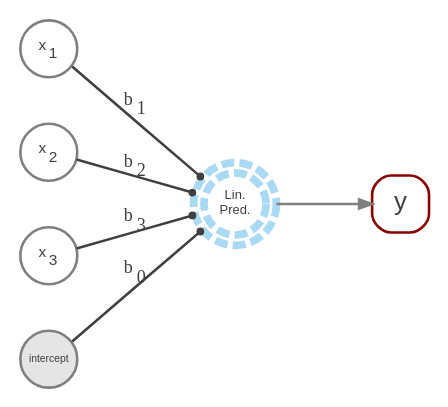
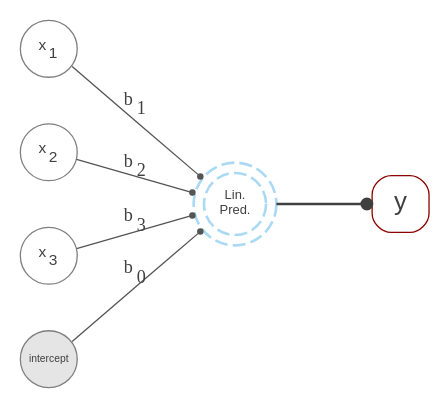
Before and after one commit to m-clark/book-of-models: the diagram in img/graphical_lm.dot, drawn with Graphviz. The commit also changed 42 other files, not shown here.

```diff
--- a/img/graphical_lm.dot
+++ b/img/graphical_lm.dot
@@ -1,25 +1,25 @@
 digraph DAG {
 
     graph [rankdir = LR bgcolor=transparent]
 
     node [shape = square, fontcolor=gray25 color=gray80]
 
-    node [fontname="Helvetica" fontsize=6 fixedsize=true width=.3 shape=circle color=gray50]
+    node [fontname="Helvetica" fontsize=6 fixedsize=true width=.3 shape=circle color=gray50 penwidth=.5]
     x1 [label=<x<sub>1</sub>>]; x2 [label=<x<sub>2</sub>>]; x3 [label=<x<sub>3</sub>>]; 
 
     node [fillcolor=gray90 style=filled fixedsize=true width=.4]
-    lp [label = "Lin.\nPred." width=.33 color = "#56B4E980" shape=doublecircle style=dashed penwidth=3 fontsize = 5];
+    lp [label = "Lin.\nPred." width=.33 color = "#56B4E980" shape=doublecircle style=dashed penwidth=1 fontsize = 5];
     
-    node [fillcolor=gray90 style=filled fixedsize=true width=.4]
-    y; b0[label=intercept width=.3 fontsize=4];
+    node [fillcolor=gray90 style=filled fixedsize=true width=.4 penwidth=.5]
+    b0[label=intercept width=.3 fontsize=4];
 
     y [fixedsize=True fontsize =10 width=.3 color=darkred shape=square style=rounded];
 
     edge [color=gray50 style=filled arrowsize=.5 fontsize = 5 fontcolor=gray25]
-    x1 -> lp [label=<b<sub>1</sub>> arrowhead="dot" arrowsize=0.25 minlen=1 fontsize=7 color=gray25]; 
-    x2 -> lp [label=<b<sub>2</sub>> arrowhead="dot" arrowsize=0.25 minlen=1 fontsize=7 color=gray25]; 
-    x3 -> lp [label=<b<sub>3</sub>> arrowhead="dot" arrowsize=0.25 minlen=1 fontsize=7 color=gray25];
-    b0 -> lp [label=<b<sub>0</sub>> arrowhead="dot" arrowsize=0.25 minlen=1 fontsize=7 color=gray25];
+    x1 -> lp [label=<b<sub>1</sub>> arrowhead="dot" arrowsize=0.25 minlen=1 fontsize=7 color=gray33 penwidth=.5]; 
+    x2 -> lp [label=<b<sub>2</sub>> arrowhead="dot" arrowsize=0.25 minlen=1 fontsize=7 color=gray33 penwidth=.5]; 
+    x3 -> lp [label=<b<sub>3</sub>> arrowhead="dot" arrowsize=0.25 minlen=1 fontsize=7 color=gray33 penwidth=.5];
+    b0 -> lp [label=<b<sub>0</sub>> arrowhead="dot" arrowsize=0.25 minlen=1 fontsize=7 color=gray33 penwidth=.5];
 
-    lp  -> y;
+    lp  -> y [label="" arrowhead="dot" arrowsize=0.5 minlen=1 color=gray25 penwidth=1];
 }
```
